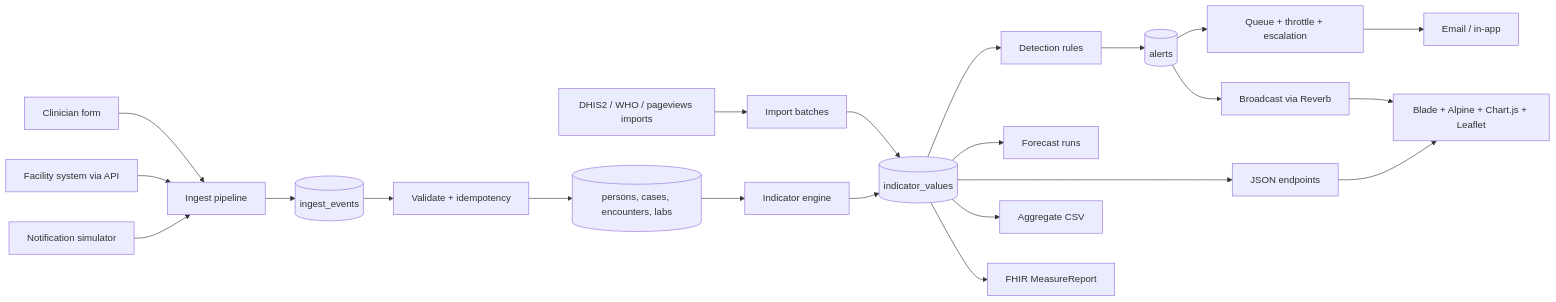
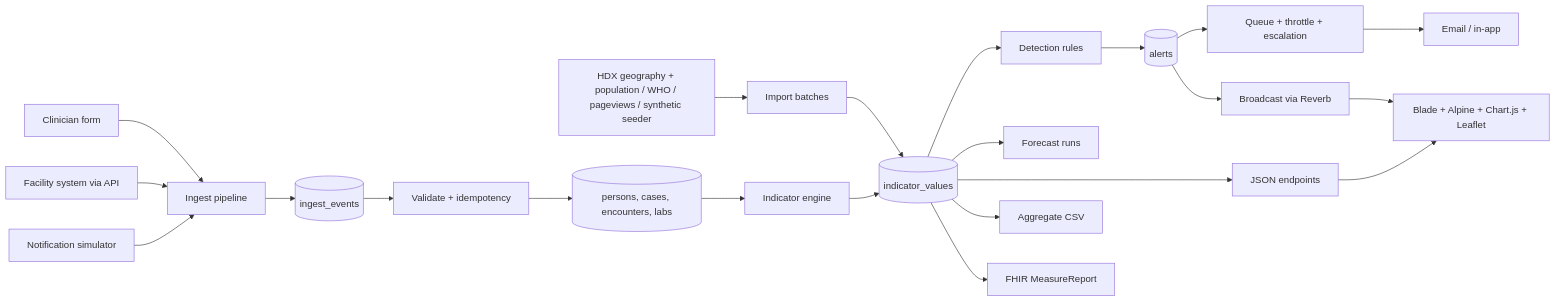
One commit to jsamito/district-outbreak-watch changed the second of 3 diagrams in docs/PLAN.md. Above: the diagram before and after it, drawn with Mermaid. The commit also changed other lines of this file and 13 other files, not shown here.

````diff
--- a/docs/PLAN.md
+++ b/docs/PLAN.md
@@ -160,24 +160,24 @@
 ```mermaid
 flowchart LR
-  S1[DHIS2 / WHO / pageviews imports] --> BATCH[Import batches]
+  S1[HDX geography + population / WHO / pageviews / synthetic seeder] --> BATCH[Import batches]
   S2[Clinician form] --> ING[Ingest pipeline]
   S3[Facility system via API] --> ING
   SIM[Notification simulator] --> ING
   ING --> EV[(ingest_events)]
   EV --> VAL[Validate + idempotency]
   VAL --> CASES[(persons, cases, encounters, labs)]
   BATCH --> AGG
   CASES --> CALC[Indicator engine]
   CALC --> AGG[(indicator_values)]
   AGG --> DET[Detection rules]
   AGG --> FC[Forecast runs]
   DET --> ALR[(alerts)]
   ALR --> Q[Queue + throttle + escalation]
   Q --> EM[Email / in-app]
   AGG --> API[JSON endpoints]
   ALR --> BC[Broadcast via Reverb]
   API --> UI[Blade + Alpine + Chart.js + Leaflet]
   BC --> UI
   AGG --> CSV[Aggregate CSV]
   AGG --> FHIR[FHIR MeasureReport]
 ```
````
